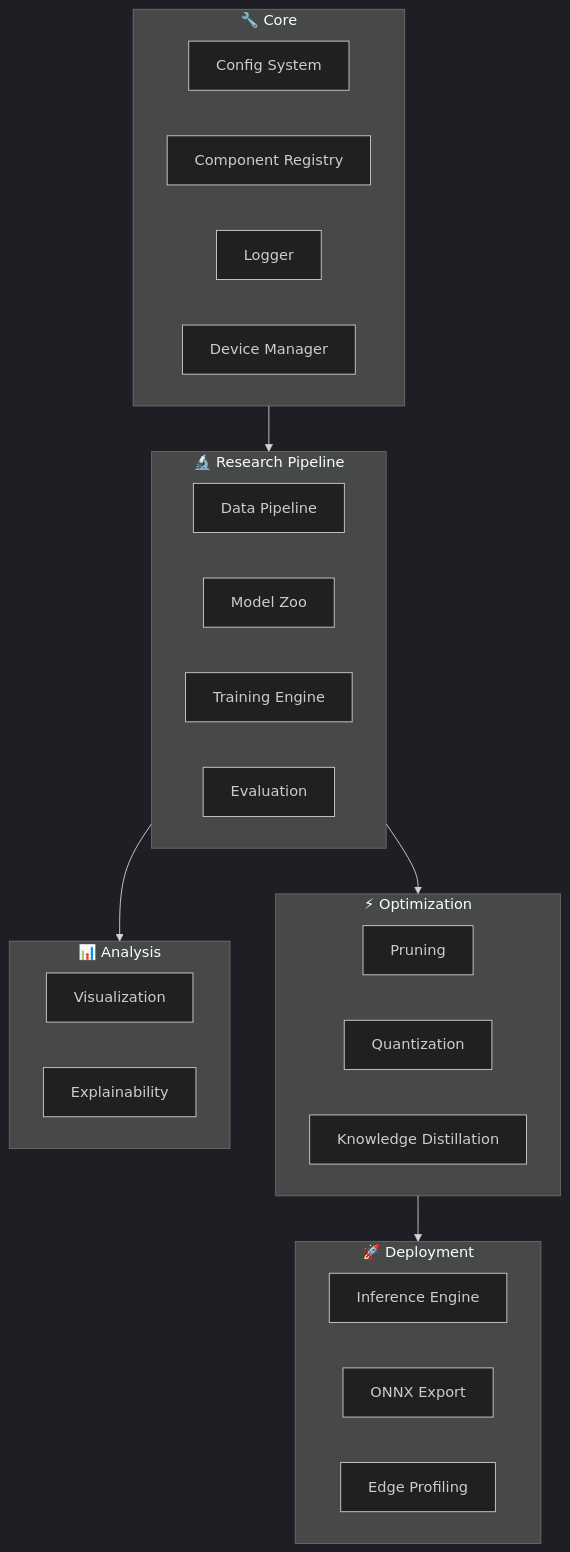
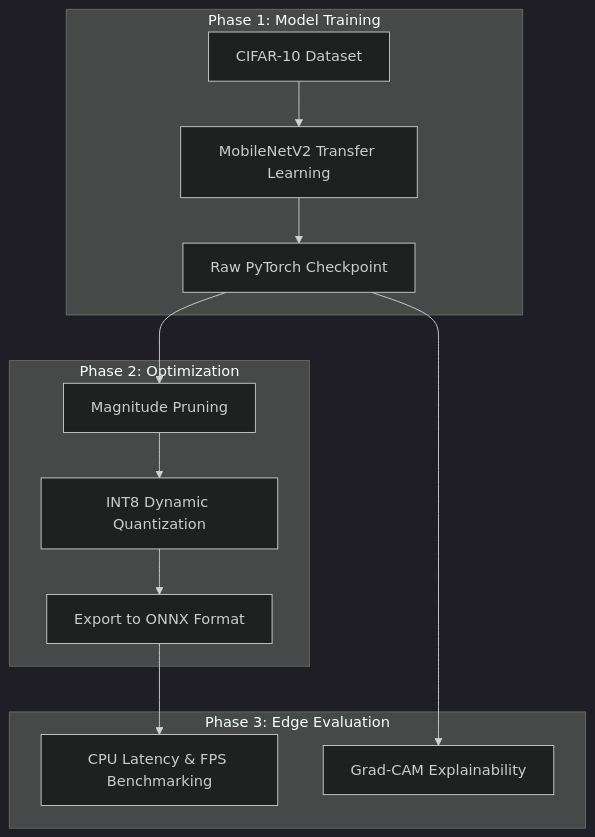
Before and after one commit to adnaan512/EdgeMind: the first of 2 diagrams in README.md, drawn with Mermaid (dark theme). The commit also changed other lines of this file and 6 other files, not shown here.

````diff
--- a/README.md
+++ b/README.md
@@ -25,38 +30,18 @@
 ```mermaid
-graph TB
-    subgraph Core ["🔧 Core"]
-        Config[Config System]
-        Registry[Component Registry]
-        Logger[Logger]
-        Device[Device Manager]
+graph TD
+    subgraph Phase 1: Model Training
+        Data[CIFAR-10 Dataset] --> Train[MobileNetV2 Transfer Learning]
+        Train --> Pth[Raw PyTorch Checkpoint]
     end
 
-    subgraph Pipeline ["🔬 Research Pipeline"]
-        Data[Data Pipeline]
-        Models[Model Zoo]
-        Training[Training Engine]
-        Eval[Evaluation]
+    subgraph Phase 2: Optimization
+        Pth --> Pruning[Magnitude Pruning]
+        Pruning --> Quant[INT8 Dynamic Quantization]
+        Quant --> ONNX[Export to ONNX Format]
     end
 
-    subgraph Optimization ["⚡ Optimization"]
-        Pruning[Pruning]
-        Quantization[Quantization]
-        Distillation[Knowledge Distillation]
+    subgraph Phase 3: Edge Evaluation
+        ONNX --> Bench[CPU Latency & FPS Benchmarking]
+        Pth --> XAI[Grad-CAM Explainability]
     end
-
-    subgraph Deployment ["🚀 Deployment"]
-        Inference[Inference Engine]
-        Export[ONNX Export]
-        Profiling[Edge Profiling]
-    end
-
-    subgraph Analysis ["📊 Analysis"]
-        Viz[Visualization]
-        XAI[Explainability]
-    end
-
-    Core --> Pipeline
-    Pipeline --> Optimization
-    Pipeline --> Analysis
-    Optimization --> Deployment
 ```
````
